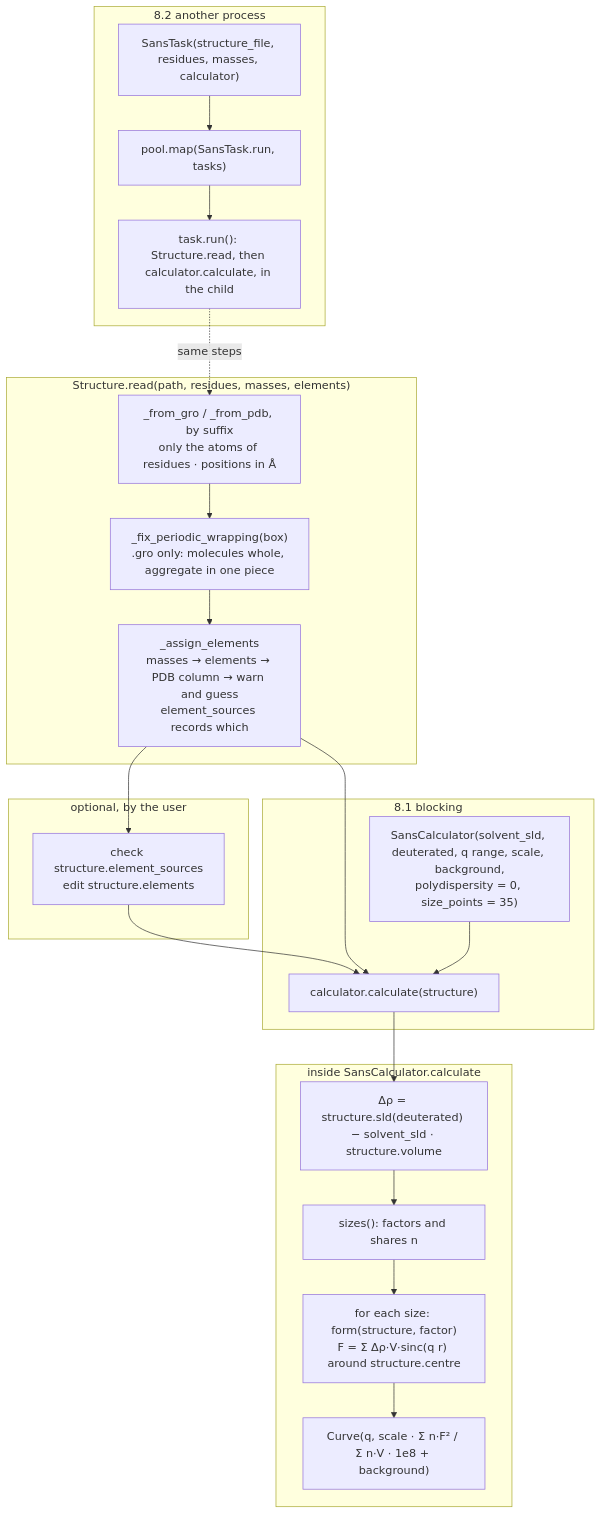
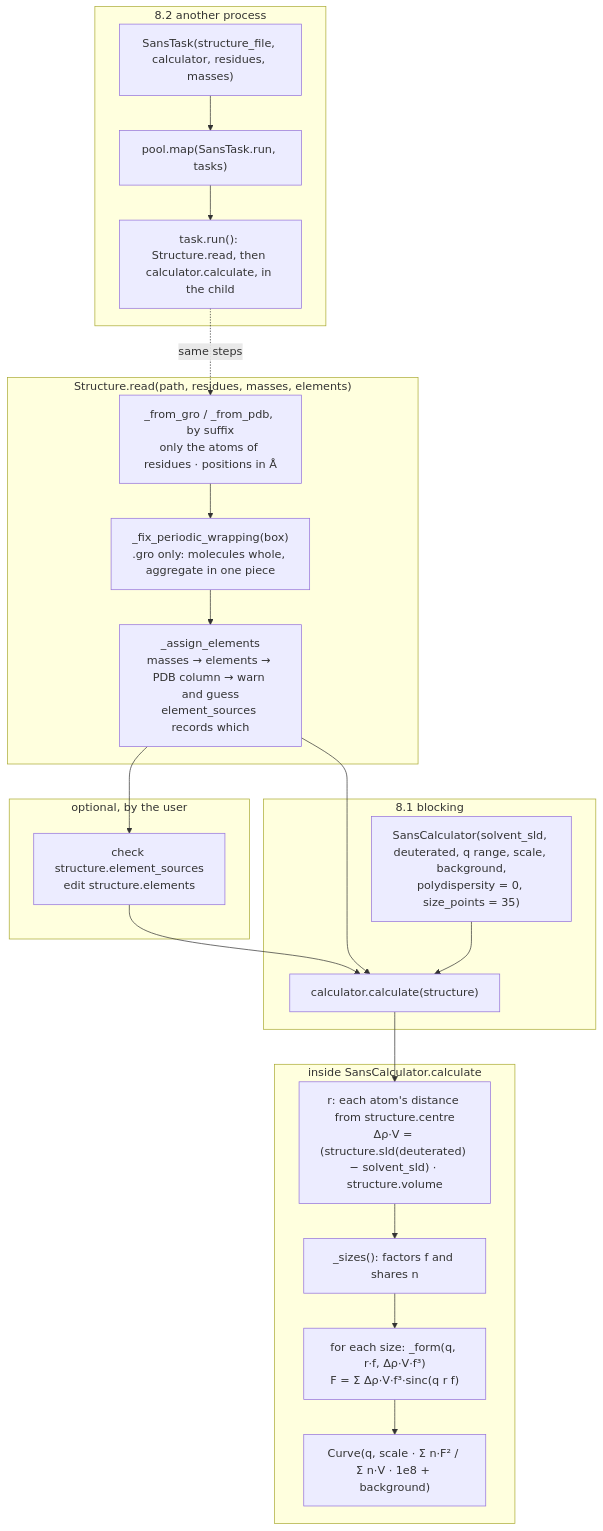
Before and after one commit to seventil/coords2sans: the second of 4 diagrams in README.md, drawn with Mermaid. The commit also changed other lines of this file and 14 other files, not shown here.

````diff
--- a/README.md
+++ b/README.md
@@ -477,37 +502,37 @@
 ```mermaid
 flowchart TD
     subgraph READ["Structure.read(path, residues, masses, elements)"]
         R1["_from_gro / _from_pdb, by suffix<br/>only the atoms of residues · positions in Å"]
         R2["_fix_periodic_wrapping(box)<br/>.gro only: molecules whole, aggregate in one piece"]
         R3["_assign_elements<br/>masses → elements → PDB column → warn and guess<br/>element_sources records which"]
     end
 
     subgraph EDIT["optional, by the user"]
         E1["check structure.element_sources<br/>edit structure.elements"]
     end
 
     subgraph BLOCKING["8.1 blocking"]
         B1["SansCalculator(solvent_sld, deuterated, q range, scale, background,<br/>polydispersity = 0, size_points = 35)"]
         B2["calculator.calculate(structure)"]
     end
 
     subgraph TASK["8.2 another process"]
-        T1["SansTask(structure_file, residues, masses, calculator)"]
+        T1["SansTask(structure_file, calculator, residues, masses)"]
         T2["pool.map(SansTask.run, tasks)"]
         T3["task.run(): Structure.read, then calculator.calculate, in the child"]
     end
 
     subgraph CALC["inside SansCalculator.calculate"]
-        C1["Δρ = structure.sld(deuterated) − solvent_sld · structure.volume"]
-        C2["sizes(): factors and shares n"]
-        C3["for each size: form(structure, factor)<br/>F = Σ Δρ·V·sinc(q r) around structure.centre"]
+        C1["r: each atom's distance from structure.centre<br/>Δρ·V = (structure.sld(deuterated) − solvent_sld) · structure.volume"]
+        C2["_sizes(): factors f and shares n"]
+        C3["for each size: _form(q, r·f, Δρ·V·f³)<br/>F = Σ Δρ·V·f³·sinc(q r f)"]
         C4["Curve(q, scale · Σ n·F² / Σ n·V · 1e8 + background)"]
     end
 
     R1 --> R2 --> R3 --> E1 --> B2
     R3 --> B2
     B1 --> B2
     T1 --> T2 --> T3
     T3 -.->|"same steps"| R1
     B2 --> C1 --> C2 --> C3 --> C4
 ```
````
